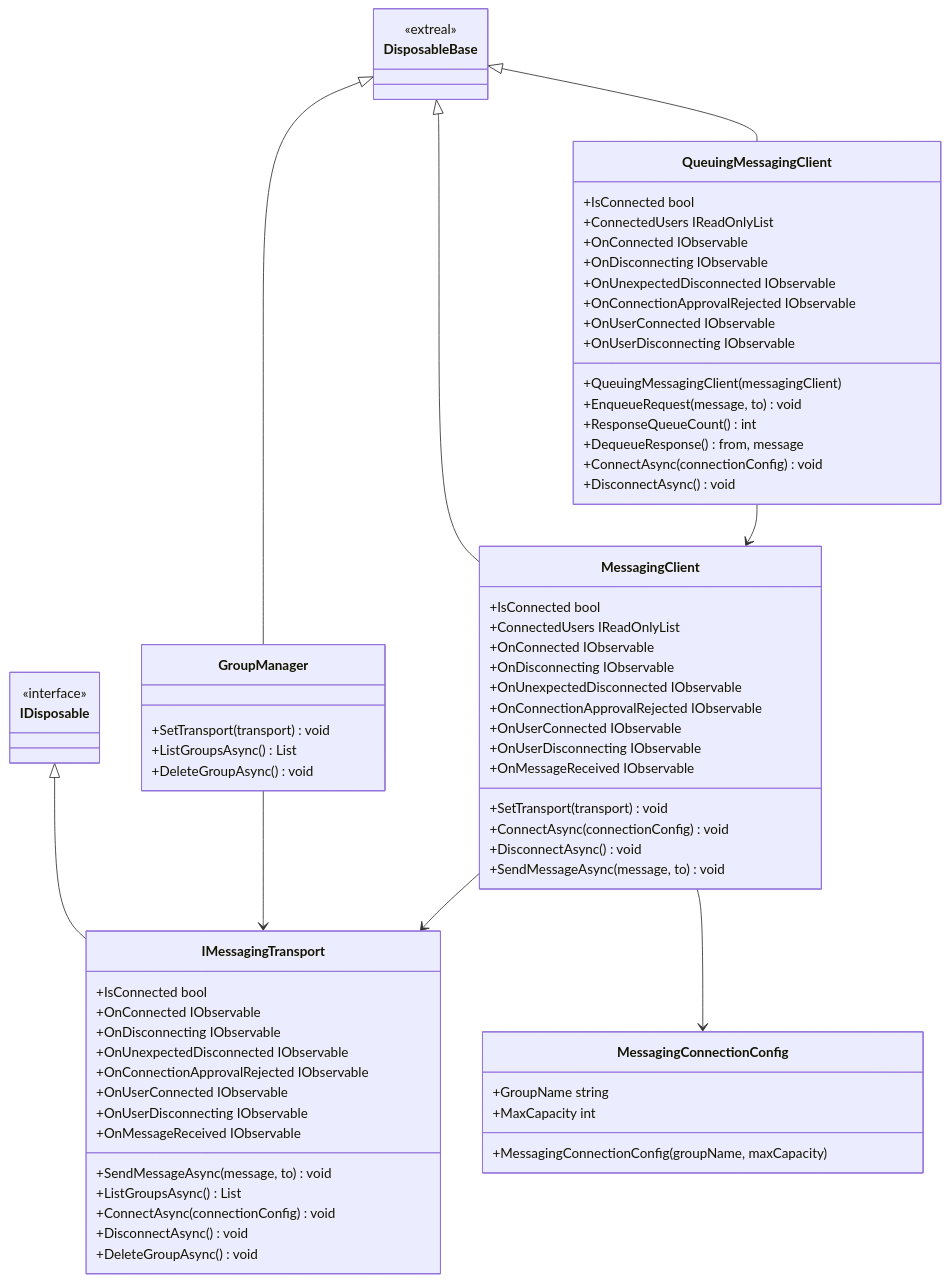
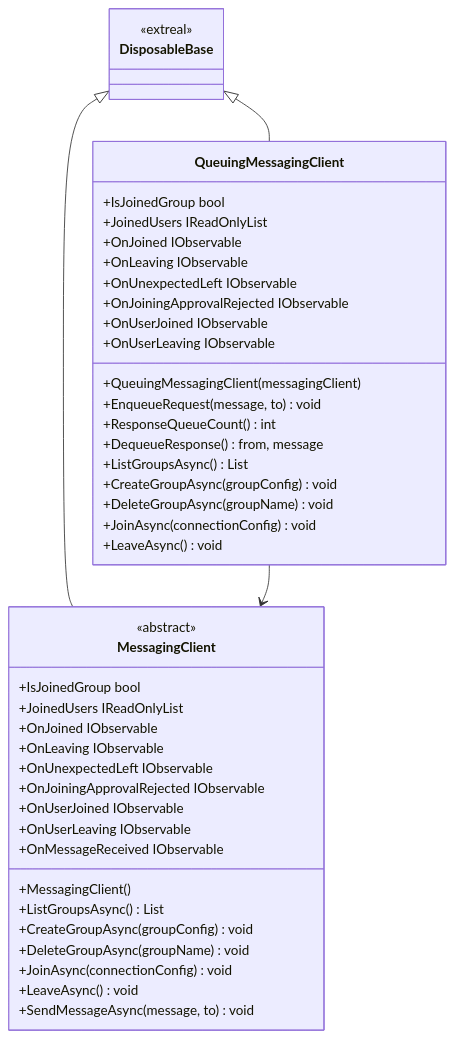
One commit to extreal-dev/Extreal.Guide changed the diagram in docs/integration/messaging.common.md. Above: the diagram before and after it, drawn with Mermaid. The commit also changed other lines of this file, not shown here.

Commit message:
modify messaging common

````diff
--- a/docs/integration/messaging.common.md
+++ b/docs/integration/messaging.common.md
@@ -37,85 +34,56 @@
 ```mermaid
 classDiagram
 
-    DisposableBase <|-- GroupManager
     DisposableBase <|-- MessagingClient
     DisposableBase <|-- QueuingMessagingClient
-    IDisposable <|-- IMessagingTransport
-    GroupManager --> IMessagingTransport
-    MessagingClient --> IMessagingTransport
-    MessagingClient --> MessagingConnectionConfig
     QueuingMessagingClient --> MessagingClient
-
-    class GroupManager {
-        +SetTransport(transport) void
-        +ListGroupsAsync() List
-        +DeleteGroupAsync() void
-    }
     
     class MessagingClient {
-        +IsConnected bool
-        +ConnectedUsers IReadOnlyList
-        +OnConnected IObservable
-        +OnDisconnecting IObservable
-        +OnUnexpectedDisconnected IObservable
-        +OnConnectionApprovalRejected IObservable
-        +OnUserConnected IObservable
-        +OnUserDisconnecting IObservable
+        <<abstract>>
+        +IsJoinedGroup bool
+        +JoinedUsers IReadOnlyList
+        +OnJoined IObservable
+        +OnLeaving IObservable
+        +OnUnexpectedLeft IObservable
+        +OnJoiningApprovalRejected IObservable
+        +OnUserJoined IObservable
+        +OnUserLeaving IObservable
         +OnMessageReceived IObservable
 
-        +SetTransport(transport) void
-        +ConnectAsync(connectionConfig) void
-        +DisconnectAsync() void
+        +MessagingClient()
+
+        +ListGroupsAsync() List
+        +CreateGroupAsync(groupConfig) void
+        +DeleteGroupAsync(groupName) void
+        +JoinAsync(connectionConfig) void
+        +LeaveAsync() void
         +SendMessageAsync(message, to) void
-    }
-    
-    class IMessagingTransport {
-        +IsConnected bool
-        +OnConnected IObservable
-        +OnDisconnecting IObservable
-        +OnUnexpectedDisconnected IObservable
-        +OnConnectionApprovalRejected IObservable
-        +OnUserConnected IObservable
-        +OnUserDisconnecting IObservable
-        +OnMessageReceived IObservable
-
-        +SendMessageAsync(message, to) void
-        +ListGroupsAsync() List
-        +ConnectAsync(connectionConfig) void
-        +DisconnectAsync() void
-        +DeleteGroupAsync() void
-    }
-
-    class MessagingConnectionConfig {
-        +GroupName string
-        +MaxCapacity int
-
-        +MessagingConnectionConfig(groupName, maxCapacity)
     }
 
     class QueuingMessagingClient {
-        +IsConnected bool
-        +ConnectedUsers IReadOnlyList
-        +OnConnected IObservable
-        +OnDisconnecting IObservable
-        +OnUnexpectedDisconnected IObservable
-        +OnConnectionApprovalRejected IObservable
-        +OnUserConnected IObservable
-        +OnUserDisconnecting IObservable
+        +IsJoinedGroup bool
+        +JoinedUsers IReadOnlyList
+        +OnJoined IObservable
+        +OnLeaving IObservable
+        +OnUnexpectedLeft IObservable
+        +OnJoiningApprovalRejected IObservable
+        +OnUserJoined IObservable
+        +OnUserLeaving IObservable
 
         +QueuingMessagingClient(messagingClient)
+
         +EnqueueRequest(message, to) void
         +ResponseQueueCount() int
         +DequeueResponse() from, message
-        +ConnectAsync(connectionConfig) void
-        +DisconnectAsync() void
+
+        +ListGroupsAsync() List
+        +CreateGroupAsync(groupConfig) void
+        +DeleteGroupAsync(groupName) void
+        +JoinAsync(connectionConfig) void
+        +LeaveAsync() void
     }
     
     class DisposableBase {
         <<extreal>>
     }
-
-    class IDisposable {
-        <<interface>>
-    }
 ```
````
